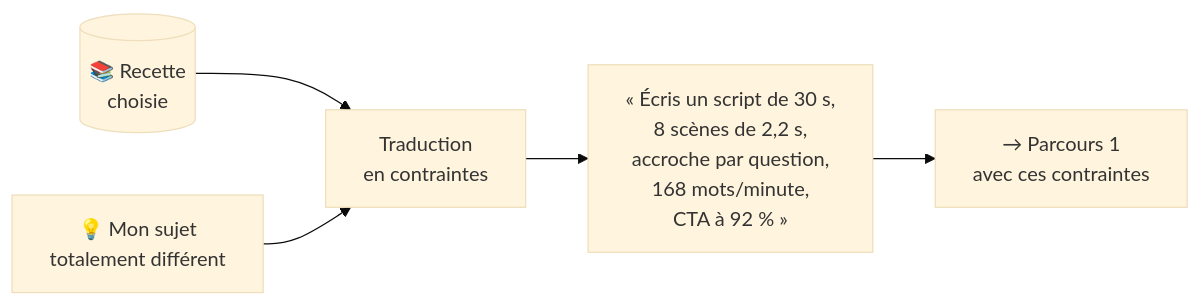
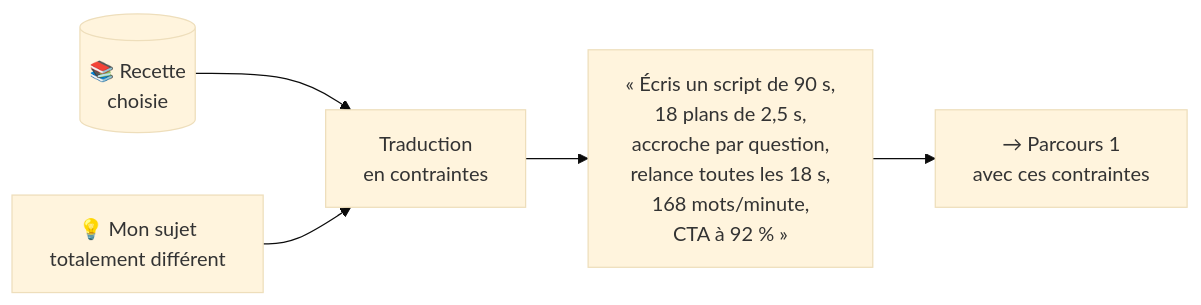
Before and after one commit to tmassinissa93260-png/Pronotedz-: the fourth of 4 diagrams in docs/01-comment-ca-marche.md, drawn with Mermaid (base theme). The commit also changed other lines of this file and 6 other files, not shown here.

````diff
--- a/docs/01-comment-ca-marche.md
+++ b/docs/01-comment-ca-marche.md
@@ -117,7 +120,7 @@
 ```mermaid
 flowchart LR
     BIB[("📚 Recette<br/>choisie")] --> T["Traduction<br/>en contraintes"]
     S["💡 Mon sujet<br/>totalement différent"] --> T
-    T --> C["« Écris un script de 30 s,<br/>8 scènes de 2,2 s,<br/>accroche par question,<br/>168 mots/minute,<br/>CTA à 92 % »"]
+    T --> C["« Écris un script de 90 s,<br/>18 plans de 2,5 s,<br/>accroche par question,<br/>relance toutes les 18 s,<br/>168 mots/minute,<br/>CTA à 92 % »"]
     C --> P["→ Parcours 1<br/>avec ces contraintes"]
 ```
````
